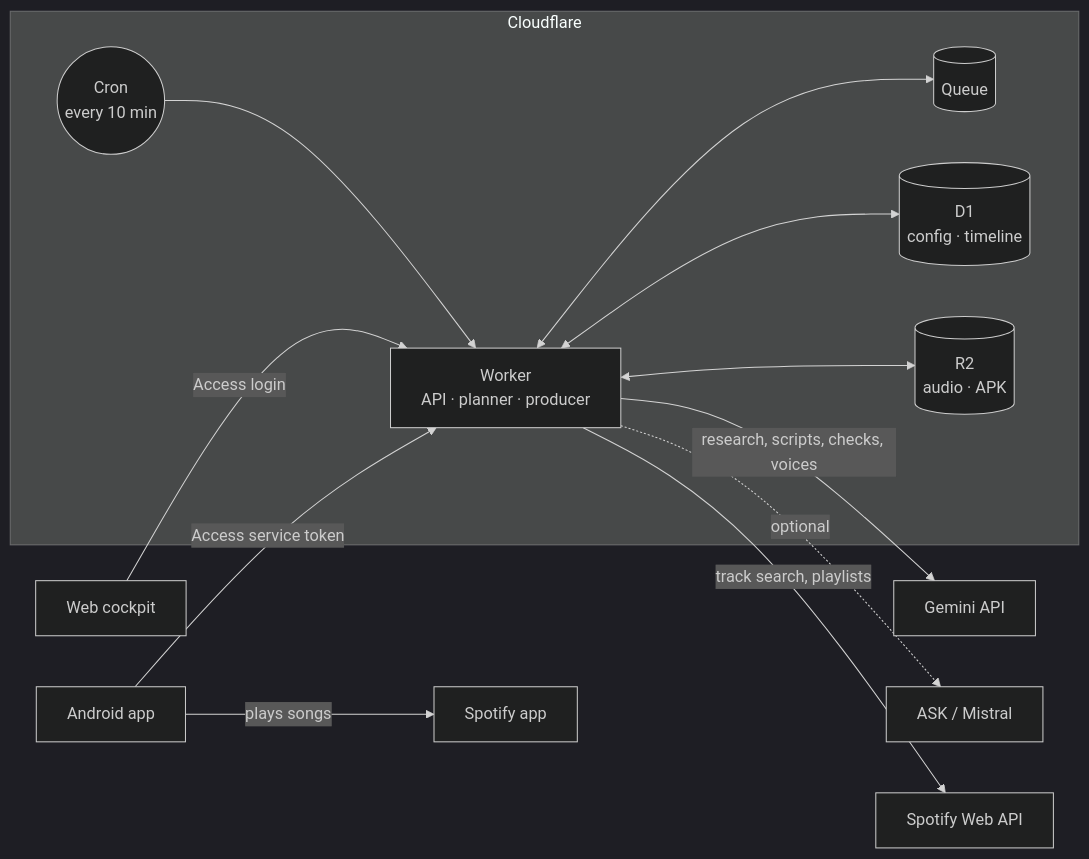
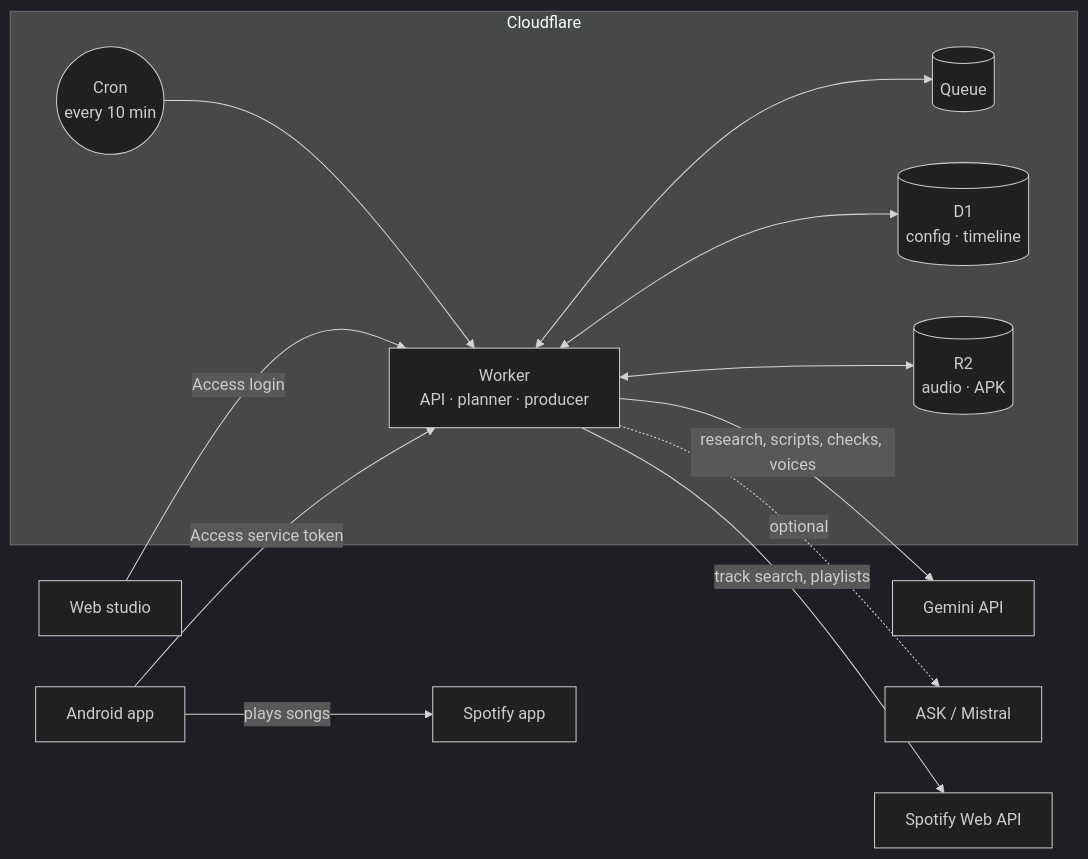
The diagram in README.md (heimberg/personal-radio), drawn with Mermaid (dark theme) before and after one commit. The commit also changed other lines of this file and 8 other files, not shown here.

First line of the commit message:
Docs: the web is the studio, the app has four tabs

````diff
--- a/README.md
+++ b/README.md
@@ -35,16 +35,16 @@
 ```mermaid
 flowchart LR
   app[Android app] -- Access service token --> worker
-  browser[Web cockpit] -- Access login --> worker
+  browser[Web studio] -- Access login --> worker
   subgraph Cloudflare
     worker[Worker<br/>API · planner · producer]
     cron((Cron<br/>every 10 min)) --> worker
     worker <--> queue[(Queue)]
     worker <--> d1[(D1<br/>config · timeline)]
     worker <--> r2[(R2<br/>audio · APK)]
   end
   worker -- research, scripts, checks, voices --> gemini[Gemini API]
   worker -. optional .-> ask[ASK / Mistral]
   worker -- track search, playlists --> spotifyapi[Spotify Web API]
   app -- plays songs --> spotify[Spotify app]
 ```
````
